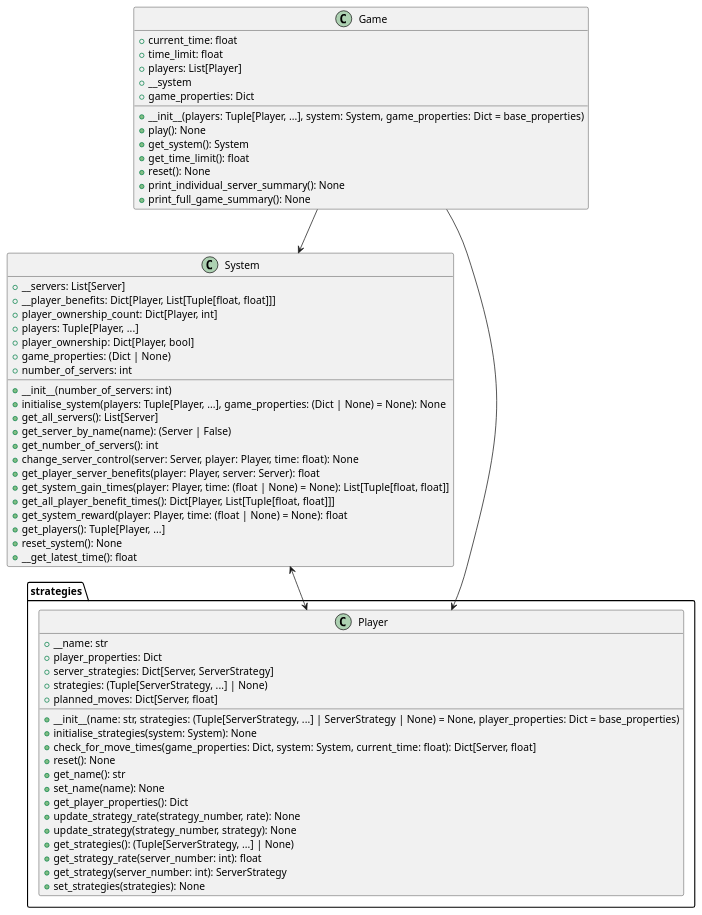
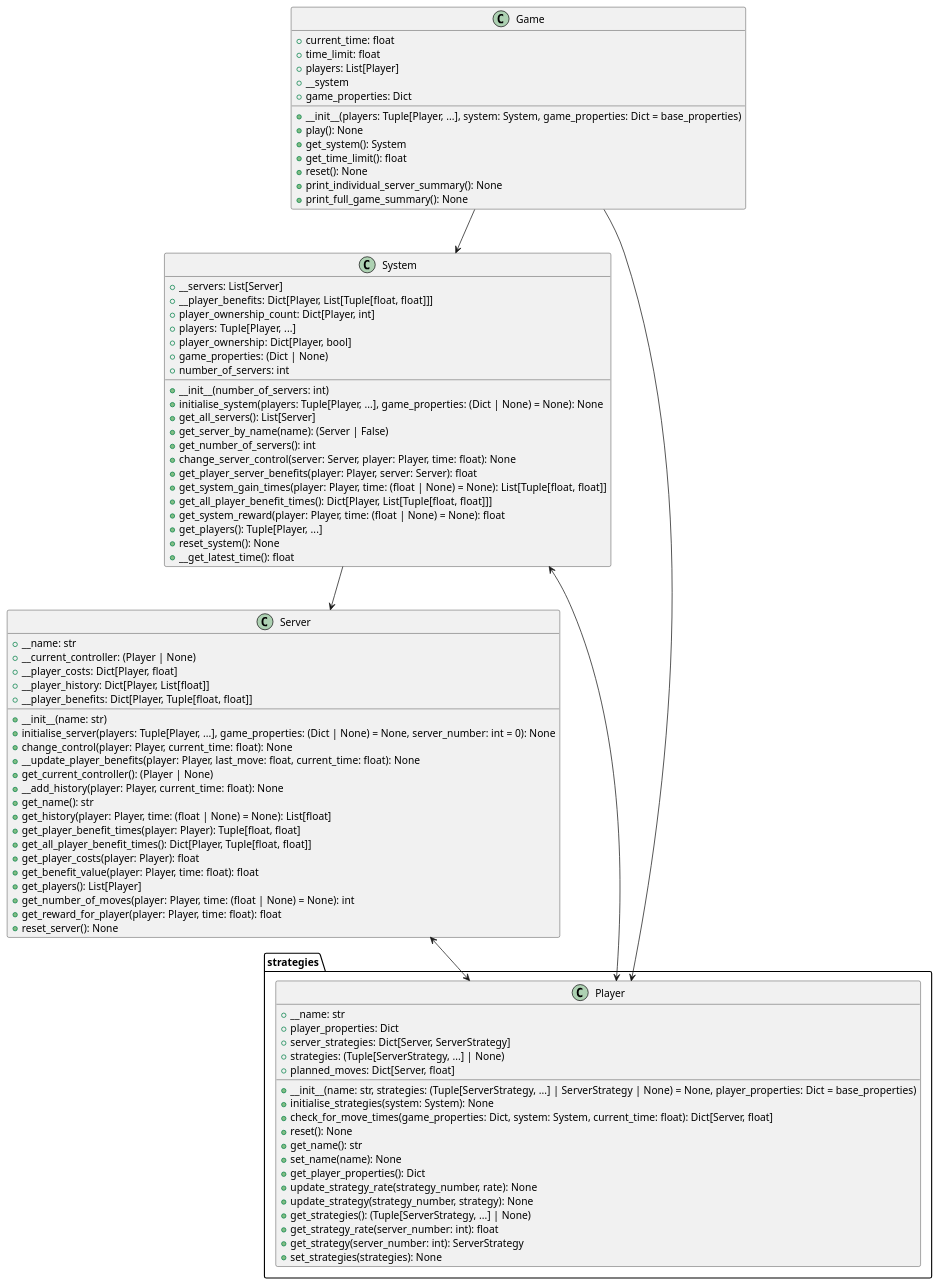
The diagram in DOCS/class-diagram.puml (ruipimentel/FlipThem-Simulation), drawn with PlantUML before and after one commit. The commit also changed 1 other file, not shown here.

Commit message:
Increments documentation on `Server` class.

```diff
--- a/DOCS/class-diagram.puml
+++ b/DOCS/class-diagram.puml
@@ -1,70 +1,96 @@
 @startuml "class-diagram"
 
 class Game {
   + {field} current_time: float
   + {field} time_limit: float
   + {field} players: List[Player]
   + {field} __system
   + {field} game_properties: Dict
   + __init__(players: Tuple[Player, ...], system: System, game_properties: Dict = base_properties)
   + play(): None
   + get_system(): System
   + get_time_limit(): float
   + reset(): None
   + print_individual_server_summary(): None
   + print_full_game_summary(): None
 }
 
 class System {
   + {field} __servers: List[Server]
   + {field} __player_benefits: Dict[Player, List[Tuple[float, float]]]
   + {field} player_ownership_count: Dict[Player, int]
   + {field} players: Tuple[Player, ...]
   + {field} player_ownership: Dict[Player, bool]
   + {field} game_properties: (Dict | None)
   + {field} number_of_servers: int
   + __init__(number_of_servers: int)
   + initialise_system(players: Tuple[Player, ...], game_properties: (Dict | None) = None): None
   + get_all_servers(): List[Server]
   + get_server_by_name(name): (Server | False)
   + get_number_of_servers(): int
   + change_server_control(server: Server, player: Player, time: float): None
   + get_player_server_benefits(player: Player, server: Server): float
   + get_system_gain_times(player: Player, time: (float | None) = None): List[Tuple[float, float]]
   + get_all_player_benefit_times(): Dict[Player, List[Tuple[float, float]]]
   + get_system_reward(player: Player, time: (float | None) = None): float
   + get_players(): Tuple[Player, ...]
   + reset_system(): None
   + __get_latest_time(): float
 }
 
+class Server {
+  + {field} __name: str
+  + {field} __current_controller: (Player | None)
+  + {field} __player_costs: Dict[Player, float]
+  + {field} __player_history: Dict[Player, List[float]]
+  + {field} __player_benefits: Dict[Player, Tuple[float, float]]
+  + __init__(name: str)
+  + initialise_server(players: Tuple[Player, ...], game_properties: (Dict | None) = None, server_number: int = 0): None
+  + change_control(player: Player, current_time: float): None
+  + __update_player_benefits(player: Player, last_move: float, current_time: float): None
+  + get_current_controller(): (Player | None)
+  + __add_history(player: Player, current_time: float): None
+  + get_name(): str
+  + get_history(player: Player, time: (float | None) = None): List[float]
+  + get_player_benefit_times(player: Player): Tuple[float, float]
+  + get_all_player_benefit_times(): Dict[Player, Tuple[float, float]]
+  + get_player_costs(player: Player): float
+  + get_benefit_value(player: Player, time: float): float
+  + get_players(): List[Player]
+  + get_number_of_moves(player: Player, time: (float | None) = None): int
+  + get_reward_for_player(player: Player, time: float): float
+  + reset_server(): None
+}
+
 namespace strategies {
 
   class Player {
     + {field} __name: str
     + {field} player_properties: Dict
     + {field} server_strategies: Dict[Server, ServerStrategy]
     + {field} strategies: (Tuple[ServerStrategy, ...] | None)
     + {field} planned_moves: Dict[Server, float]
     + __init__(name: str, strategies: (Tuple[ServerStrategy, ...] | ServerStrategy | None) = None, player_properties: Dict = base_properties)
     + initialise_strategies(system: System): None
     + check_for_move_times(game_properties: Dict, system: System, current_time: float): Dict[Server, float]
     + reset(): None
     + get_name(): str
     + set_name(name): None
     + get_player_properties(): Dict
     + update_strategy_rate(strategy_number, rate): None
     + update_strategy(strategy_number, strategy): None
     + get_strategies(): (Tuple[ServerStrategy, ...] | None)
     + get_strategy_rate(server_number: int): float
     + get_strategy(server_number: int): ServerStrategy
     + set_strategies(strategies): None
   }
 
 }
 
 Game --> System
 Game --> strategies.Player
 System <--> strategies.Player
+System --> Server
+Server <--> strategies.Player
 
 @enduml
```
